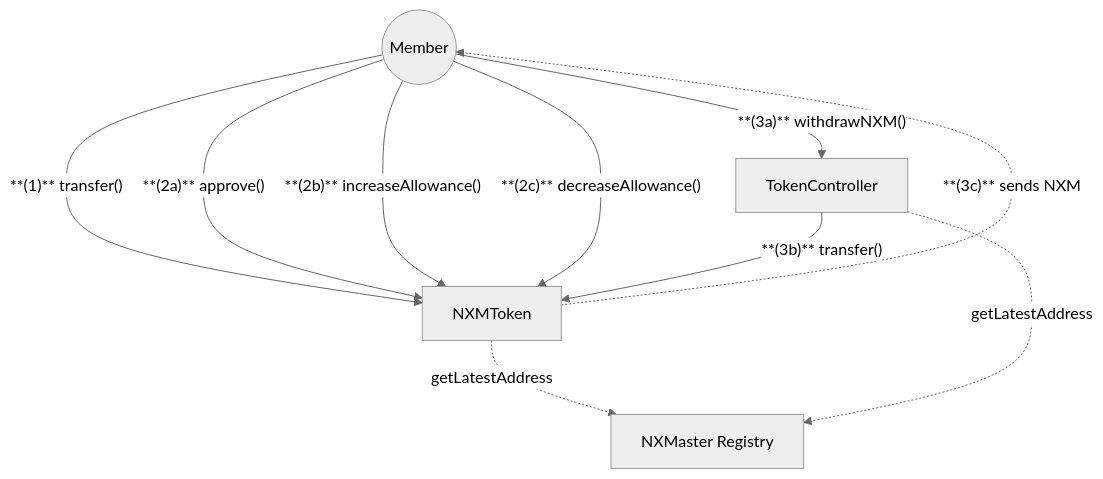
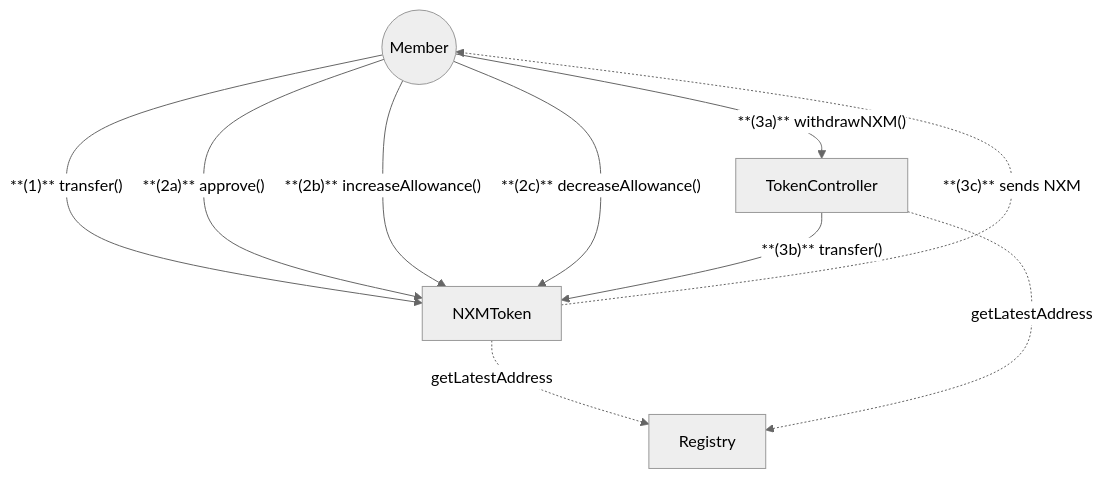
The first of 2 diagrams in docs/developers/Diagrams/Contracts Diagrams/token.md (NexusMutual/docs), drawn with Mermaid (neutral theme) before and after one commit. The commit also changed other lines of this file and 8 other files, not shown here.

First line of the commit message:
docs: update diagrams and user flows for the current contracts

````diff
--- a/docs/developers/Diagrams/Contracts Diagrams/token.md
+++ b/docs/developers/Diagrams/Contracts Diagrams/token.md
@@ -9,23 +9,23 @@
 ```mermaid
 graph TD
     %% Users
     Member(("Member"))
 
     %% Contracts
     NXMToken["NXMToken"]
     TokenController["TokenController"]
-    NXMaster["NXMaster Registry"]
+    Registry["Registry"]
 
     %% Member interactions
     Member -->|"**(1)** transfer()"| NXMToken
     Member -->|"**(2a)** approve()"| NXMToken
     Member -->|"**(2b)** increaseAllowance()"| NXMToken
     Member -->|"**(2c)** decreaseAllowance()"| NXMToken
     Member -->|"**(3a)** withdrawNXM()"| TokenController
     TokenController -->|"**(3b)** transfer()"| NXMToken
     NXMToken -.->|"**(3c)** sends NXM"| Member
 
     %% Contract Registry interactions
-    NXMToken -.->|"getLatestAddress"| NXMaster
-    TokenController -.->|"getLatestAddress"| NXMaster
+    NXMToken -.->|"getLatestAddress"| Registry
+    TokenController -.->|"getLatestAddress"| Registry
 ```
````
